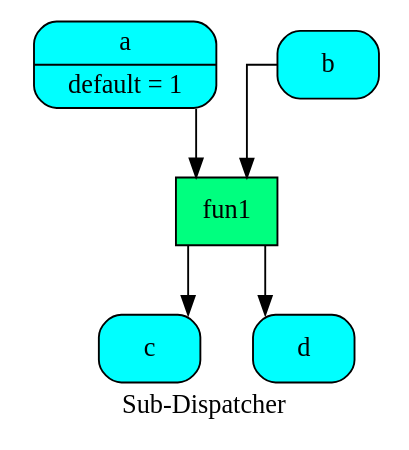
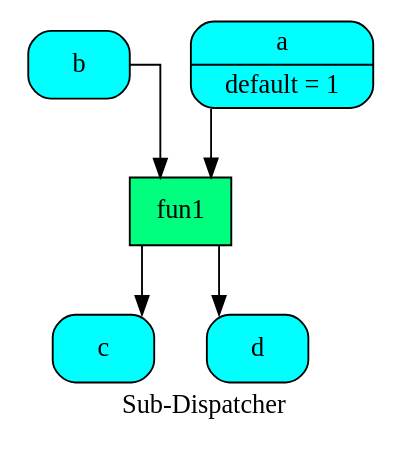
Before and after one commit to vinci1it2000/schedula: the diagram in doc/dispatcher/__init__/get_sub_dsp_from_workflow/sub_dsp1.dot, drawn with Graphviz. The commit also changed 26 other files, not shown here.

```diff
--- a/doc/dispatcher/__init__/get_sub_dsp_from_workflow/sub_dsp1.dot
+++ b/doc/dispatcher/__init__/get_sub_dsp_from_workflow/sub_dsp1.dot
@@ -1,15 +1,15 @@
 digraph "Sub-Dispatcher" {
 	graph [ratio=1]
 	node [style=filled]
+	splines = ortho
 	label = "Sub-Dispatcher"
-	splines = ortho
-		"Sub-Dispatcher_483858525469303520" [label="{ a | default = 1 }" fillcolor=cyan shape=Mrecord]
-		"Sub-Dispatcher_2483061293966101162" [label="{ c  }" fillcolor=cyan shape=Mrecord]
-		"Sub-Dispatcher_7097492771640920463" [label="{ fun1  }" fillcolor=springgreen shape=record]
-		"Sub-Dispatcher_-4481680193965843537" [label="{ d  }" fillcolor=cyan shape=Mrecord]
-		"Sub-Dispatcher_-8490501165579404505" [label="{ b  }" fillcolor=cyan shape=Mrecord]
-			"Sub-Dispatcher_483858525469303520" -> "Sub-Dispatcher_7097492771640920463"
-			"Sub-Dispatcher_7097492771640920463" -> "Sub-Dispatcher_2483061293966101162"
-			"Sub-Dispatcher_7097492771640920463" -> "Sub-Dispatcher_-4481680193965843537"
-			"Sub-Dispatcher_-8490501165579404505" -> "Sub-Dispatcher_7097492771640920463"
+		"Sub-Dispatcher_-4863238121632644504" [label="{ b  }" fillcolor=cyan shape=Mrecord]
+		"Sub-Dispatcher_8721549986406843372" [label="{ fun1  }" fillcolor=springgreen shape=record]
+		"Sub-Dispatcher_-7525193253846915964" [label="{ c  }" fillcolor=cyan shape=Mrecord]
+		"Sub-Dispatcher_2204486394149653195" [label="{ d  }" fillcolor=cyan shape=Mrecord]
+		"Sub-Dispatcher_5281915415694126460" [label="{ a | default = 1 }" fillcolor=cyan shape=Mrecord]
+			"Sub-Dispatcher_-4863238121632644504" -> "Sub-Dispatcher_8721549986406843372"
+			"Sub-Dispatcher_8721549986406843372" -> "Sub-Dispatcher_2204486394149653195"
+			"Sub-Dispatcher_8721549986406843372" -> "Sub-Dispatcher_-7525193253846915964"
+			"Sub-Dispatcher_5281915415694126460" -> "Sub-Dispatcher_8721549986406843372"
 }
```
